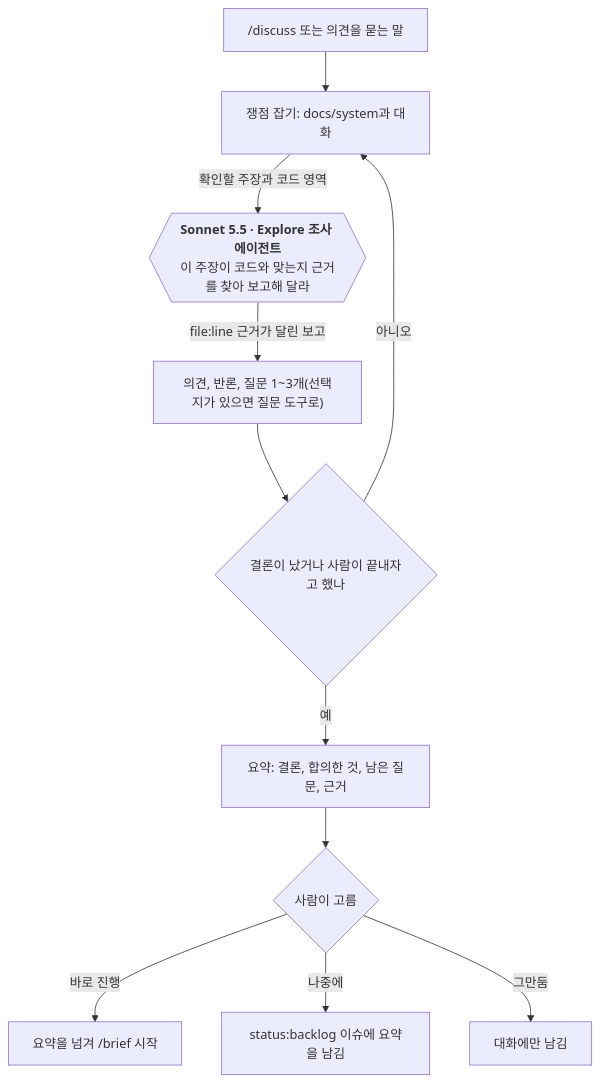
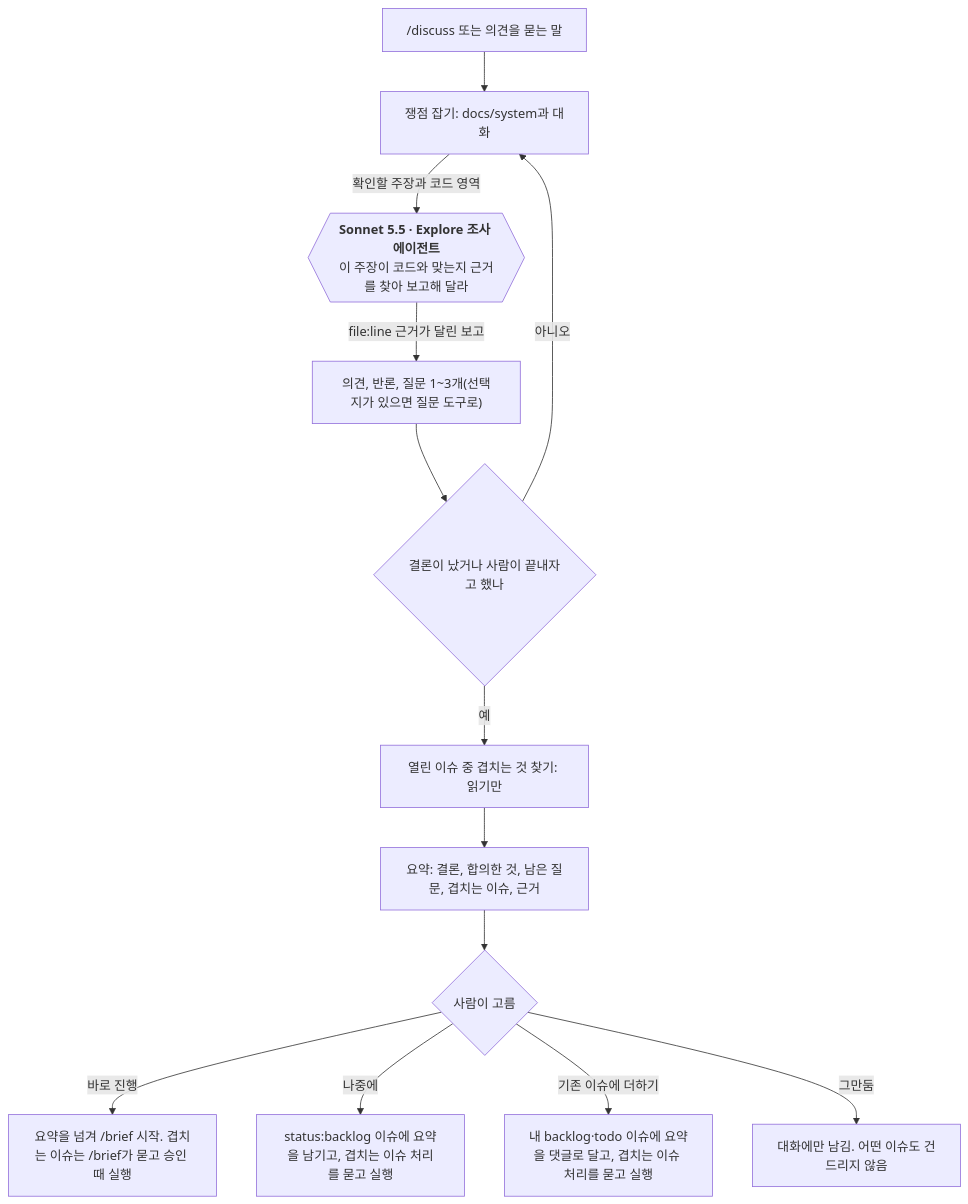
One commit to dincal/agent_logbook changed the second of 9 diagrams in docs/system/flows.md. Above: the diagram before and after it, drawn with Mermaid. The commit also changed other lines of this file and 14 other files, not shown here.

````diff
--- a/docs/system/flows.md
+++ b/docs/system/flows.md
@@ -49,14 +49,16 @@
 ```mermaid
 flowchart TD
   A["/discuss 또는 의견을 묻는 말"] --> B["쟁점 잡기: docs/system과 대화"]
   B -->|"확인할 주장과 코드 영역"| X{{"`**Sonnet 5.5 · Explore 조사 에이전트**
   이 주장이 코드와 맞는지 근거를 찾아 보고해 달라`"}}
   X -->|"file:line 근거가 달린 보고"| C["의견, 반론, 질문 1~3개(선택지가 있으면 질문 도구로)"]
   C --> D{"결론이 났거나 사람이 끝내자고 했나"}
   D -->|"아니오"| B
-  D -->|"예"| S["요약: 결론, 합의한 것, 남은 질문, 근거"]
+  D -->|"예"| OV["열린 이슈 중 겹치는 것 찾기: 읽기만"]
+  OV --> S["요약: 결론, 합의한 것, 남은 질문, 겹치는 이슈, 근거"]
   S --> E{"사람이 고름"}
-  E -->|"바로 진행"| F["요약을 넘겨 /brief 시작"]
-  E -->|"나중에"| G["status:backlog 이슈에 요약을 남김"]
-  E -->|"그만둠"| H["대화에만 남김"]
+  E -->|"바로 진행"| F["요약을 넘겨 /brief 시작. 겹치는 이슈는 /brief가 묻고 승인 때 실행"]
+  E -->|"나중에"| G["status:backlog 이슈에 요약을 남기고, 겹치는 이슈 처리를 묻고 실행"]
+  E -->|"기존 이슈에 더하기"| AD["내 backlog·todo 이슈에 요약을 댓글로 달고, 겹치는 이슈 처리를 묻고 실행"]
+  E -->|"그만둠"| H["대화에만 남김. 어떤 이슈도 건드리지 않음"]
 ```
````
